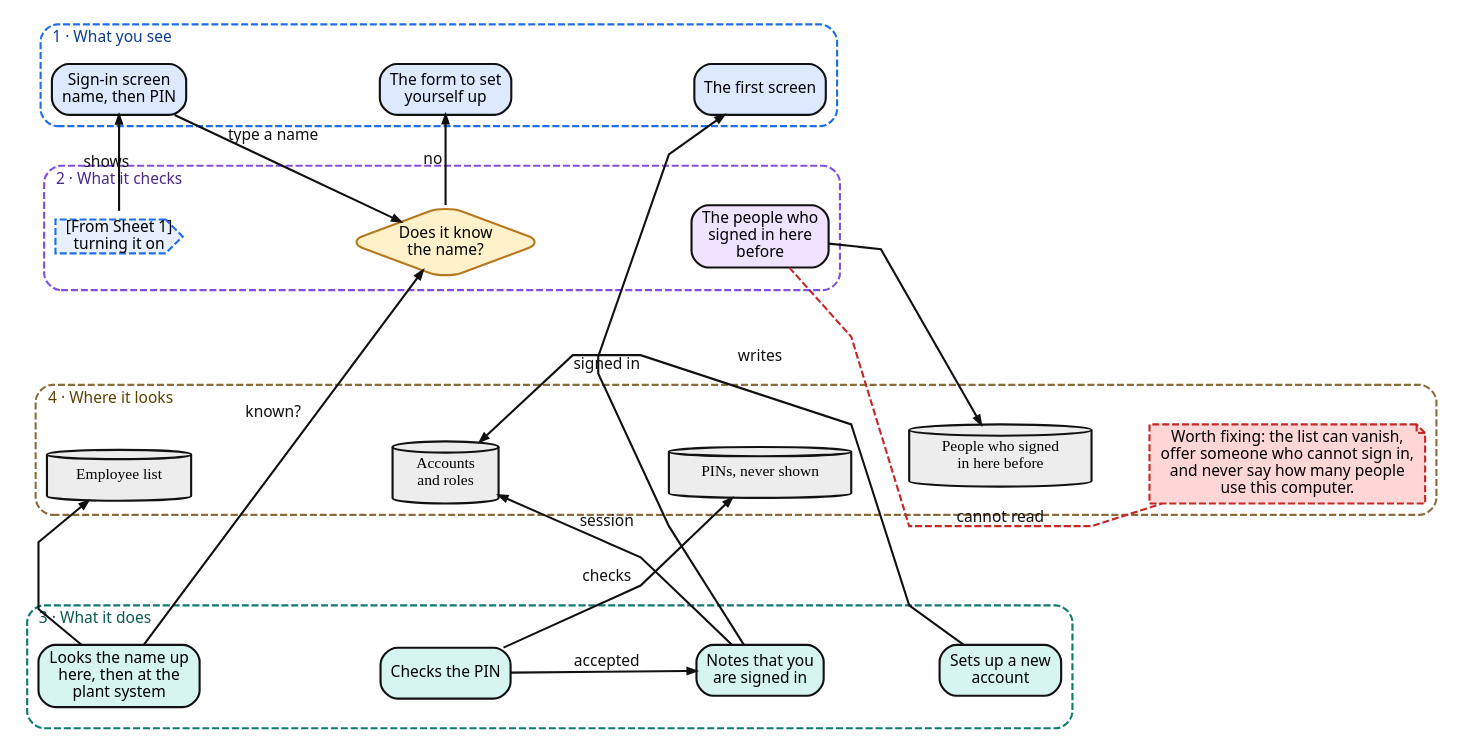
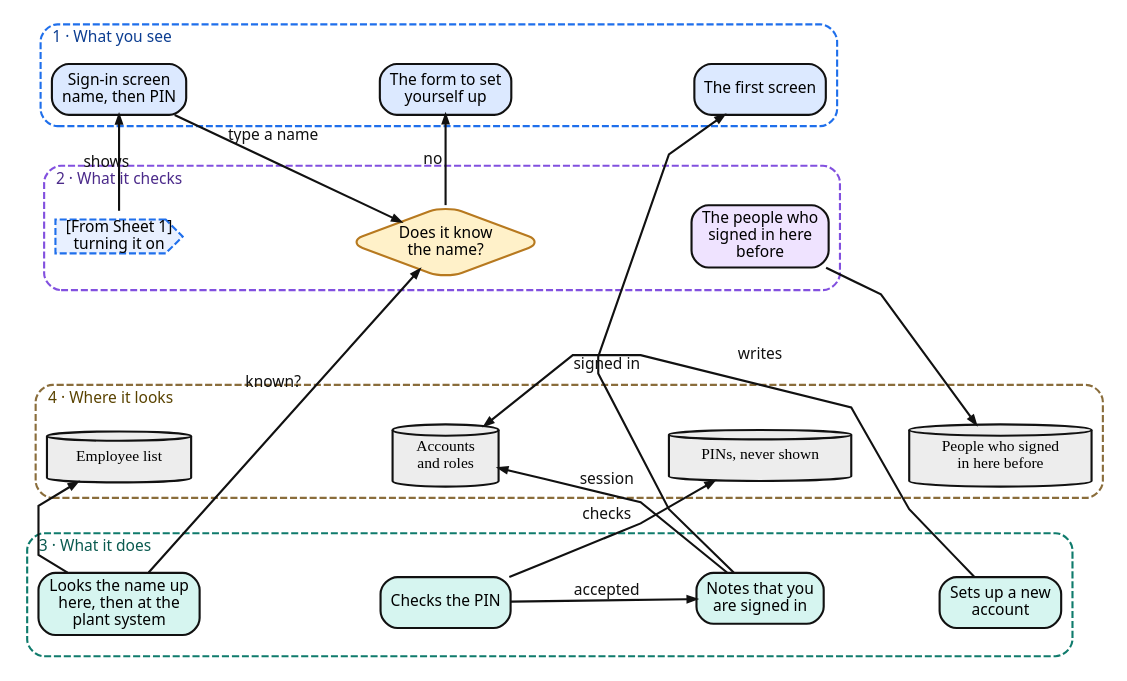
The diagram in docs/diagrams/dot/startup-launch/diagram-startup-launch-friendly-2-signing-in.dot (JDKoll1982/MTM_Waitlist), drawn with Graphviz before and after one commit. The commit also changed 30 other files, not shown here.

First line of the commit message:
Show the people who signed in before, and refresh the launch designs

```diff
--- a/docs/diagrams/dot/startup-launch/diagram-startup-launch-friendly-2-signing-in.dot
+++ b/docs/diagrams/dot/startup-launch/diagram-startup-launch-friendly-2-signing-in.dot
@@ -1,71 +1,69 @@
 // Startup — made simple · Sheet 2 of 2: signing in — Sheet 2 of 2
 // Source of truth: SignInPage, SignInViewModel, IdentifierSignInService, CredentialCheckService, LaunchSessionService, PreviousSignInService
 digraph StartupFriendly2 {
   graph [
     rankdir=LR, splines=polyline, overlap=false, nodesep=0.45, ranksep=0.55,
     newrank=true, fontname="Segoe UI", fontsize=11, bgcolor="#FFFFFF", pad=0.02
   ];
   node [
     shape=box, style="rounded,filled", fontname="Segoe UI", fontsize=11,
     margin="0.10,0.05", penwidth=1.5, color="#111111", fillcolor="#FFFFFF"
   ];
   edge [
     fontname="Segoe UI", fontsize=11, color="#111111", arrowsize=0.6,
     penwidth=1.5, fontcolor="#111111"
   ];
   subgraph cluster_ui {
     label="1 · What you see"; fontcolor="#0B3D91"; color="#1F6FEB";
     style="rounded,dashed"; penwidth=1.5; labeljust=l; labelloc=t; margin=8;
     u_signin [shape=box, label="Sign-in screen\nname, then PIN", fillcolor="#DCE9FF"];
     u_form [shape=box, label="The form to set\nyourself up", fillcolor="#DCE9FF"];
     u_first [shape=box, label="The first screen", fillcolor="#DCE9FF"];
   }
   subgraph cluster_vm {
     label="2 · What it checks"; fontcolor="#4B2A8A"; color="#8250DF";
     style="rounded,dashed"; penwidth=1.5; labeljust=l; labelloc=t; margin=8;
     x_back [shape=cds, label="[From Sheet 1]\nturning it on", fillcolor="#E8F0FF", color="#1F6FEB", style="filled,dashed"];
     d_known [shape=diamond, label="Does it know\nthe name?", fillcolor="#FFF1C9", color="#B7791F", margin="0.01,0.01"];
     v_offer [shape=box, label="The people who\nsigned in here\nbefore", fillcolor="#EFE3FF"];
   }
   subgraph cluster_svc {
     label="3 · What it does"; fontcolor="#0A5A4F"; color="#0F7B6C";
     style="rounded,dashed"; penwidth=1.5; labeljust=l; labelloc=t; margin=8;
     s_name [shape=box, label="Looks the name up\nhere, then at the\nplant system", fillcolor="#D6F5F0"];
     s_pin [shape=box, label="Checks the PIN", fillcolor="#D6F5F0"];
     s_session [shape=box, label="Notes that you\nare signed in", fillcolor="#D6F5F0"];
     s_setup [shape=box, label="Sets up a new\naccount", fillcolor="#D6F5F0"];
   }
   subgraph cluster_data {
     label="4 · Where it looks"; fontcolor="#5A4300"; color="#8A6D3B";
     style="rounded,dashed"; penwidth=1.5; labeljust=l; labelloc=t; margin=8;
     d_people [shape=cylinder, label="Employee list", fillcolor="#EDEDED", fontname="Consolas"];
     d_accounts [shape=cylinder, label="Accounts\nand roles", fillcolor="#EDEDED", fontname="Consolas"];
     d_pins [shape=cylinder, label="PINs, never shown", fillcolor="#EDEDED", fontname="Consolas"];
     d_recent [shape=cylinder, label="People who signed\nin here before", fillcolor="#EDEDED", fontname="Consolas"];
-    n_offer [shape=note, label="Worth fixing: the list can vanish,\noffer someone who cannot sign in,\nand never say how many people\nuse this computer.", fillcolor="#FFD6D6", color="#C62828", style="filled,dashed"];
   }
   { rank=same; u_signin; x_back; s_name; d_people; }
   u_signin -> x_back -> s_name -> d_people [style=invis, constraint=false];
   { rank=same; u_form; d_known; s_pin; d_accounts; }
   u_form -> d_known -> s_pin -> d_accounts [style=invis, constraint=false];
   { rank=same; u_first; v_offer; s_session; d_pins; }
   u_first -> v_offer -> s_session -> d_pins [style=invis, constraint=false];
   { rank=same; s_setup; d_recent; }
   s_setup -> d_recent [style=invis, constraint=false];
   u_signin -> u_form -> u_first [style=invis, constraint=true];
   x_back -> d_known -> v_offer [style=invis, constraint=true];
   s_name -> s_pin -> s_session -> s_setup [style=invis, constraint=true];
-  d_people -> d_accounts -> d_pins -> d_recent -> n_offer [style=invis, constraint=true];
+  d_people -> d_accounts -> d_pins -> d_recent [style=invis, constraint=true];
   x_back -> u_signin [label="shows"];
   u_signin -> d_known [label="type a name"];
   s_name -> d_known [label="known?"];
-  v_offer -> n_offer [label="cannot read", style=dashed, color="#C62828", arrowhead=none, constraint=false];
   v_offer -> d_recent;
   s_name -> d_people;
   d_known -> u_form [label="no"];
   s_setup -> d_accounts [label="writes"];
   s_pin -> d_pins [label="checks"];
   s_pin -> s_session [label="accepted"];
   s_session -> d_accounts [label="session"];
   s_session -> u_first [label="signed in"];
 }
```
